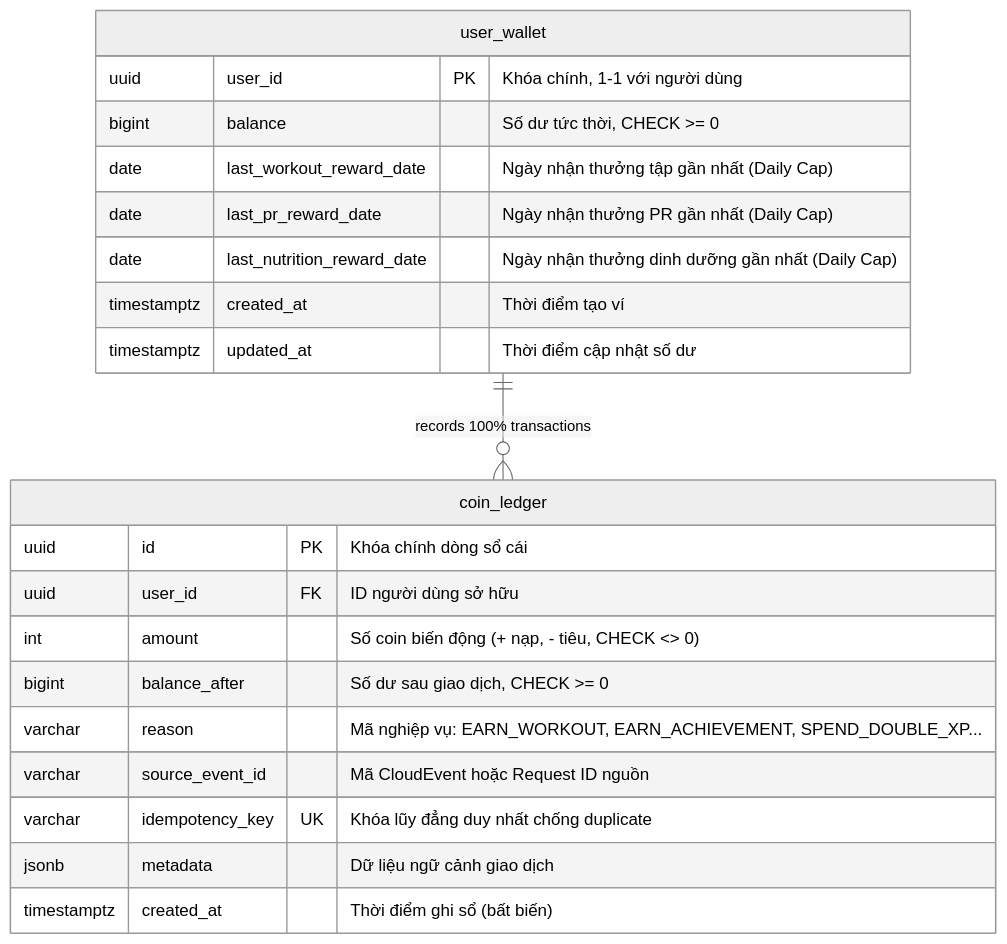
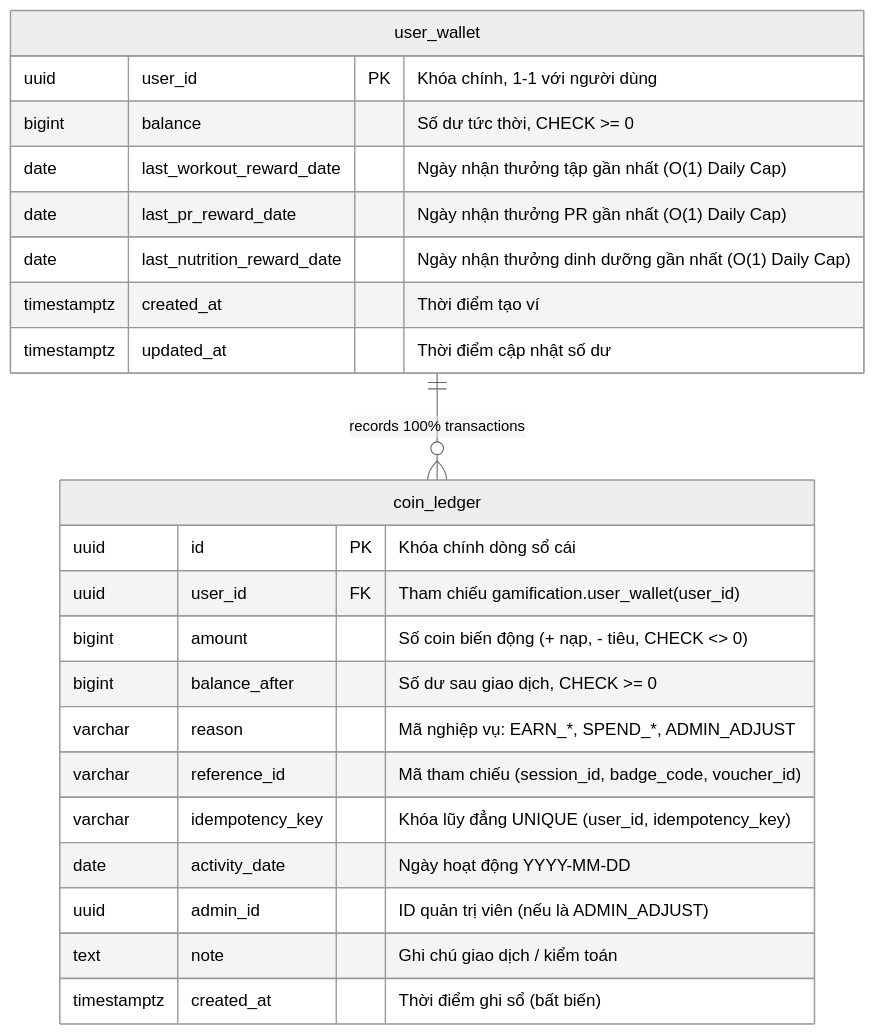
One commit to viethung213/gym-companion changed the second of 4 diagrams in internal/gamification/docs/features/fitcoins-and-ledger/02-design.md. Above: the diagram before and after it, drawn with Mermaid (neutral theme). The commit also changed other lines of this file and 55 other files, not shown here.

Commit message:
✨ feat(gamification): implement fitcoins virtual wallet, immutable ledger, and batch rewarding (#357)

````diff
--- a/internal/gamification/docs/features/fitcoins-and-ledger/02-design.md
+++ b/internal/gamification/docs/features/fitcoins-and-ledger/02-design.md
@@ -87,26 +66,28 @@
 ```mermaid
 erDiagram
     user_wallet ||--o{ coin_ledger : "records 100% transactions"
     
     user_wallet {
         uuid user_id PK "Khóa chính, 1-1 với người dùng"
         bigint balance "Số dư tức thời, CHECK >= 0"
-        date last_workout_reward_date "Ngày nhận thưởng tập gần nhất (Daily Cap)"
-        date last_pr_reward_date "Ngày nhận thưởng PR gần nhất (Daily Cap)"
-        date last_nutrition_reward_date "Ngày nhận thưởng dinh dưỡng gần nhất (Daily Cap)"
+        date last_workout_reward_date "Ngày nhận thưởng tập gần nhất (O(1) Daily Cap)"
+        date last_pr_reward_date "Ngày nhận thưởng PR gần nhất (O(1) Daily Cap)"
+        date last_nutrition_reward_date "Ngày nhận thưởng dinh dưỡng gần nhất (O(1) Daily Cap)"
         timestamptz created_at "Thời điểm tạo ví"
         timestamptz updated_at "Thời điểm cập nhật số dư"
     }
 
     coin_ledger {
         uuid id PK "Khóa chính dòng sổ cái"
-        uuid user_id FK "ID người dùng sở hữu"
-        int amount "Số coin biến động (+ nạp, - tiêu, CHECK <> 0)"
+        uuid user_id FK "Tham chiếu gamification.user_wallet(user_id)"
+        bigint amount "Số coin biến động (+ nạp, - tiêu, CHECK <> 0)"
         bigint balance_after "Số dư sau giao dịch, CHECK >= 0"
-        varchar reason "Mã nghiệp vụ: EARN_WORKOUT, EARN_ACHIEVEMENT, SPEND_DOUBLE_XP..."
-        varchar source_event_id "Mã CloudEvent hoặc Request ID nguồn"
-        varchar idempotency_key UK "Khóa lũy đẳng duy nhất chống duplicate"
-        jsonb metadata "Dữ liệu ngữ cảnh giao dịch"
+        varchar reason "Mã nghiệp vụ: EARN_*, SPEND_*, ADMIN_ADJUST"
+        varchar reference_id "Mã tham chiếu (session_id, badge_code, voucher_id)"
+        varchar idempotency_key "Khóa lũy đẳng UNIQUE (user_id, idempotency_key)"
+        date activity_date "Ngày hoạt động YYYY-MM-DD"
+        uuid admin_id "ID quản trị viên (nếu là ADMIN_ADJUST)"
+        text note "Ghi chú giao dịch / kiểm toán"
         timestamptz created_at "Thời điểm ghi sổ (bất biến)"
     }
 ```
````
